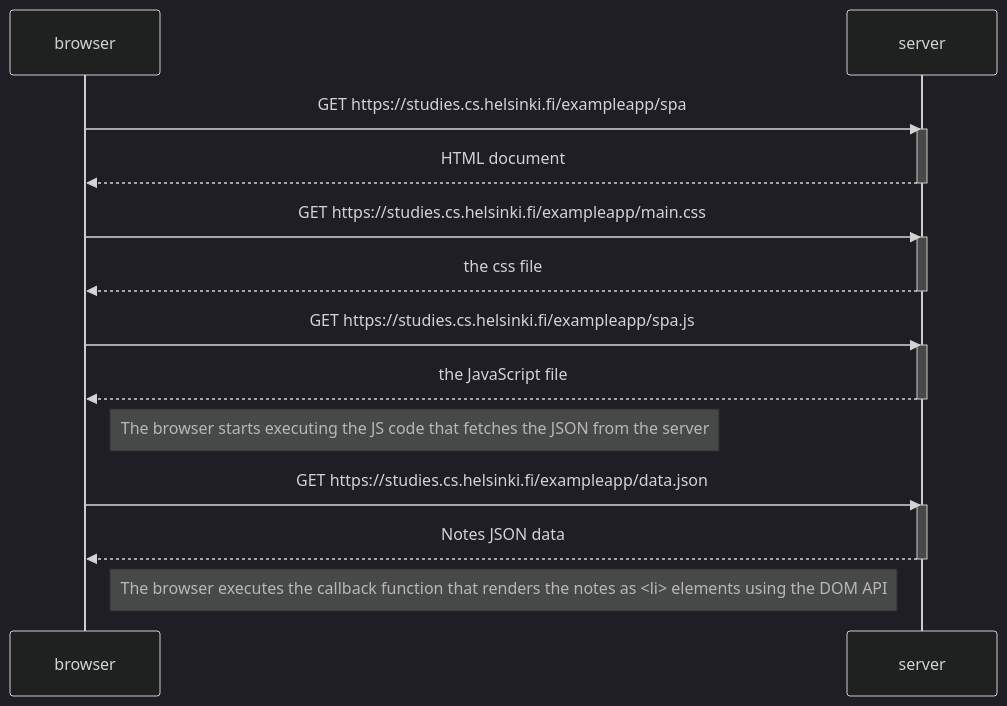
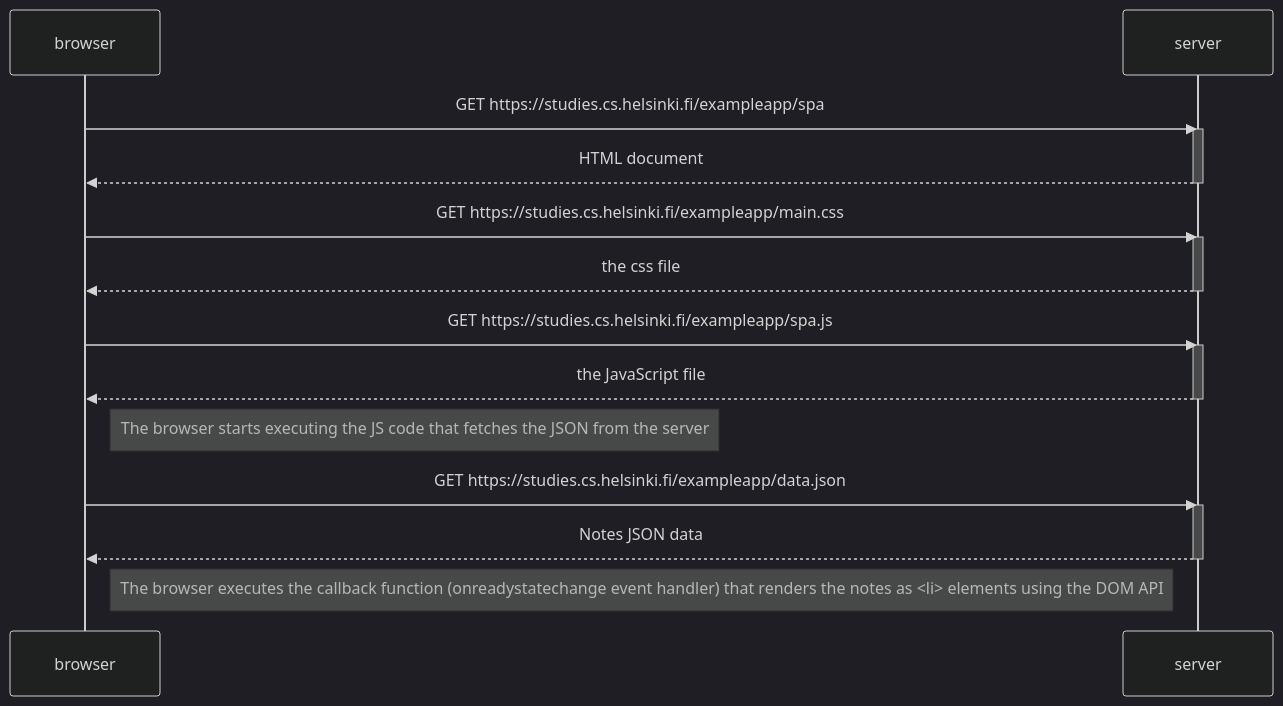
One commit to Matt-1123/full_stack_open changed the diagram in part0/0.5/answer.md. Above: the diagram before and after it, drawn with Mermaid (dark theme). The commit also changed other lines of this file and 2 other files, not shown here.

Commit message:
add 0.6 answer - sequence diagram for new note in SPA

````diff
--- a/part0/0.5/answer.md
+++ b/part0/0.5/answer.md
@@ -4,29 +4,29 @@
 ``` mermaid
     sequenceDiagram
     participant browser
     participant server
 
     browser->>server: GET https://studies.cs.helsinki.fi/exampleapp/spa
     activate server
     server-->>browser: HTML document
     deactivate server
 
     browser->>server: GET https://studies.cs.helsinki.fi/exampleapp/main.css
     activate server
     server-->>browser: the css file
     deactivate server
 
     browser->>server: GET https://studies.cs.helsinki.fi/exampleapp/spa.js
     activate server
     server-->>browser: the JavaScript file
     deactivate server
 
     Note right of browser: The browser starts executing the JS code that fetches the JSON from the server
 
     browser->>server: GET https://studies.cs.helsinki.fi/exampleapp/data.json
     activate server
     server-->>browser: Notes JSON data
     deactivate server
 
-    Note right of browser: The browser executes the callback function that renders the notes as <li> elements using the DOM API
+    Note right of browser: The browser executes the callback function (onreadystatechange event handler) that renders the notes as <li> elements using the DOM API
 ```
````
